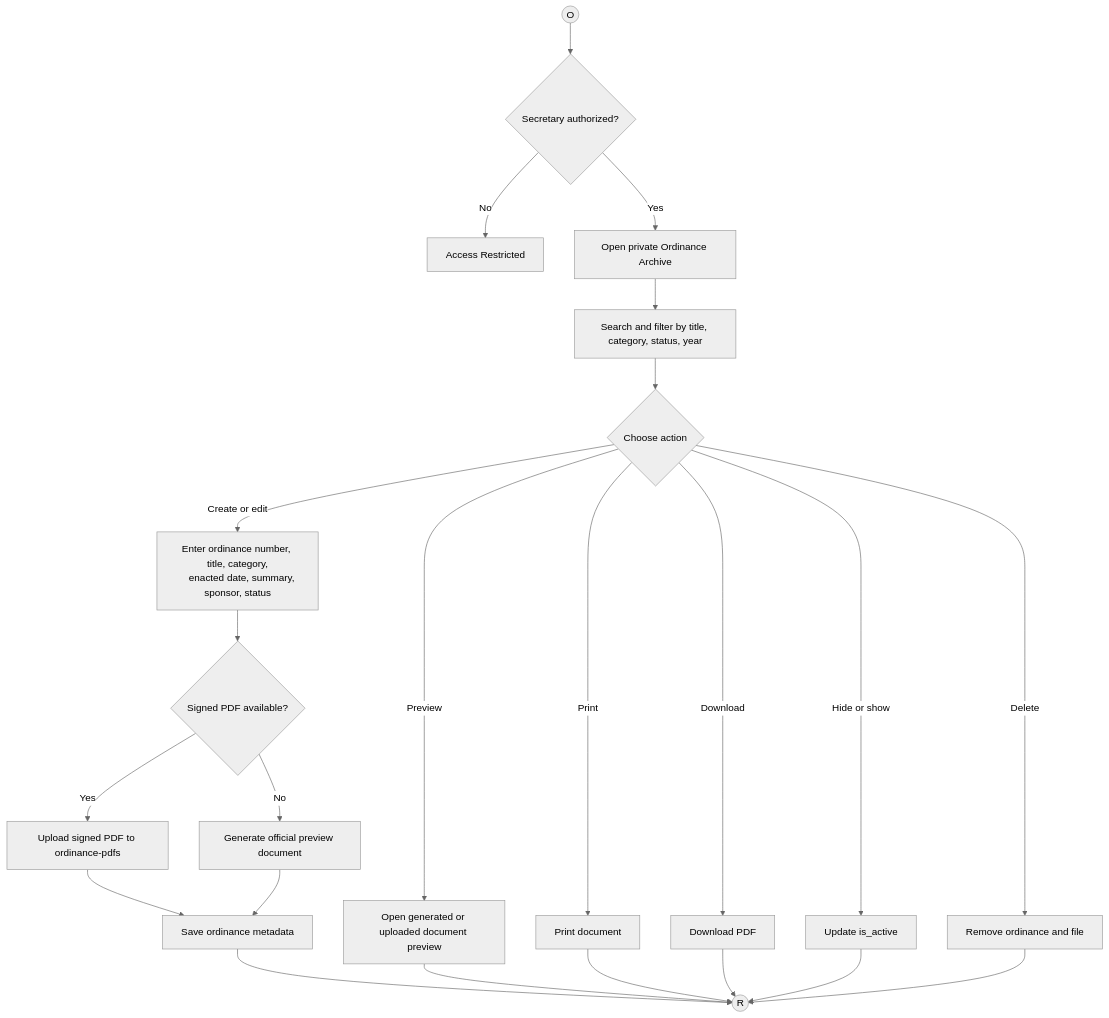
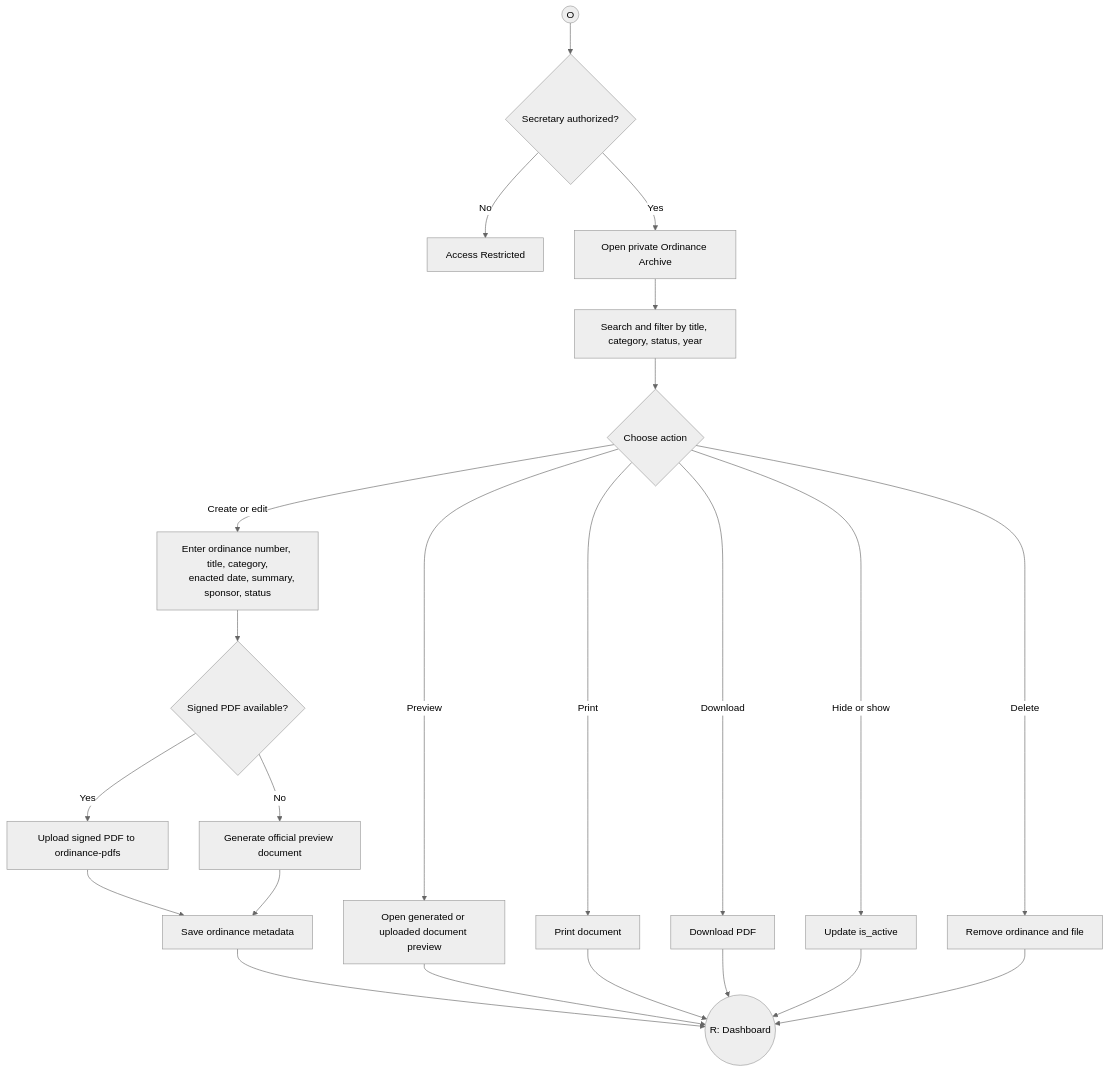
The diagram in diagrams/modules/ordinance_archive.mmd (KellyEspera/protect), drawn with Mermaid (neutral theme) before and after one commit. The commit also changed 32 other files, not shown here.

```diff
--- a/diagrams/modules/ordinance_archive.mmd
+++ b/diagrams/modules/ordinance_archive.mmd
@@ -1,27 +1,27 @@
 flowchart TD
     O((O)) --> Access{Secretary authorized?}
     Access -- No --> Denied[Access Restricted]
     Access -- Yes --> Archive[Open private Ordinance Archive]
     Archive --> Filter[Search and filter by title, category, status, year]
     Filter --> Action{Choose action}
 
     Action -- Create or edit --> Metadata[Enter ordinance number, title, category,
     enacted date, summary, sponsor, status]
     Metadata --> File{Signed PDF available?}
     File -- Yes --> Upload[Upload signed PDF to ordinance-pdfs]
     File -- No --> Generated[Generate official preview document]
     Upload --> Save[Save ordinance metadata]
     Generated --> Save
 
     Action -- Preview --> Preview[Open generated or uploaded document preview]
     Action -- Print --> Print[Print document]
     Action -- Download --> Download[Download PDF]
     Action -- Hide or show --> Toggle[Update is_active]
     Action -- Delete --> Delete[Remove ordinance and file]
 
-    Save --> R((R))
+    Save --> R((R: Dashboard))
     Preview --> R
     Print --> R
     Download --> R
     Toggle --> R
     Delete --> R
```
